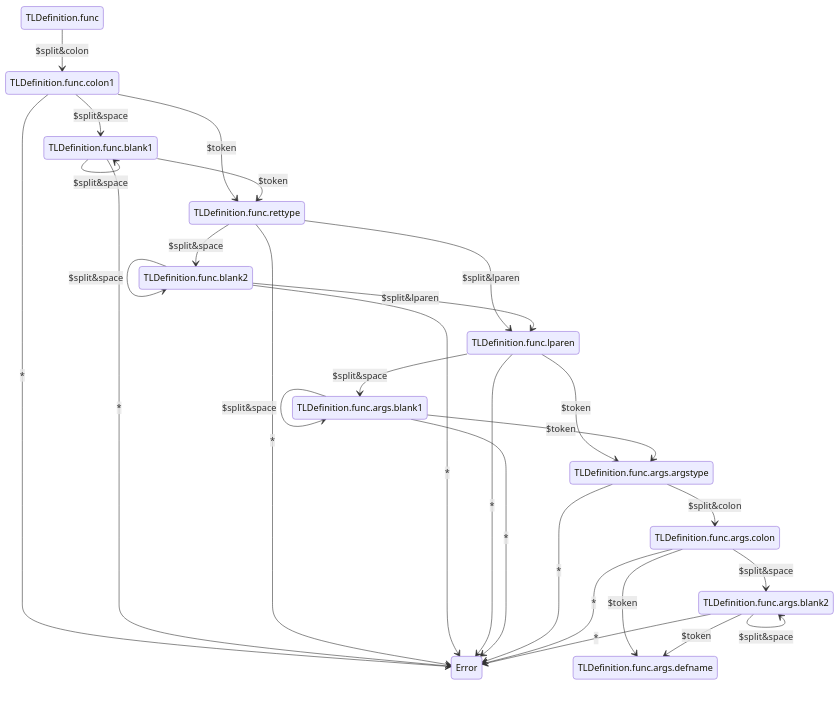
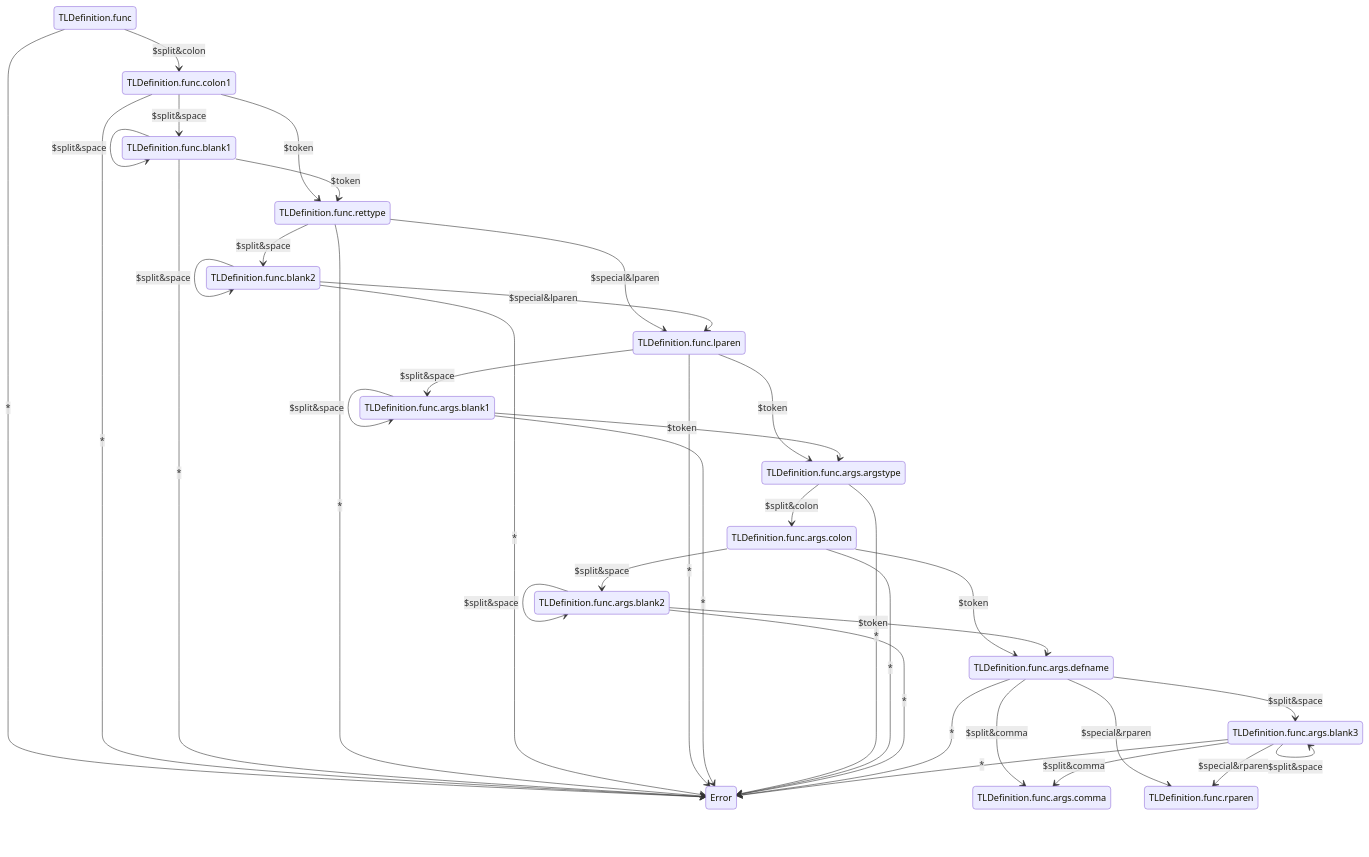
Before and after one commit to neknaj/nlps: the third of 3 diagrams in spec/nlp-parser-statetransition.md, drawn with Mermaid. The commit also changed 2 other files, not shown here.

Commit message:
change a little

````diff
--- a/spec/nlp-parser-statetransition.md
+++ b/spec/nlp-parser-statetransition.md
@@ -91,30 +91,39 @@
 ```mermaid
 stateDiagram-v2
 TLDefinition.func --> TLDefinition.func.colon1: $split&colon
+TLDefinition.func --> Error: *
 TLDefinition.func.colon1 --> TLDefinition.func.blank1: $split&space
 TLDefinition.func.colon1 --> TLDefinition.func.rettype: $token
 TLDefinition.func.colon1 --> Error: *
 TLDefinition.func.blank1 --> TLDefinition.func.blank1: $split&space
 TLDefinition.func.blank1 --> TLDefinition.func.rettype: $token
 TLDefinition.func.blank1 --> Error: *
 TLDefinition.func.rettype --> TLDefinition.func.blank2: $split&space
-TLDefinition.func.rettype --> TLDefinition.func.lparen: $split&lparen
+TLDefinition.func.rettype --> TLDefinition.func.lparen: $special&lparen
 TLDefinition.func.rettype --> Error: *
 TLDefinition.func.blank2 --> TLDefinition.func.blank2: $split&space
-TLDefinition.func.blank2 --> TLDefinition.func.lparen: $split&lparen
+TLDefinition.func.blank2 --> TLDefinition.func.lparen: $special&lparen
 TLDefinition.func.blank2 --> Error: *
 TLDefinition.func.lparen --> TLDefinition.func.args.blank1: $split&space
 TLDefinition.func.lparen --> TLDefinition.func.args.argstype: $token
 TLDefinition.func.lparen --> Error: *
 TLDefinition.func.args.blank1 --> TLDefinition.func.args.blank1: $split&space
 TLDefinition.func.args.blank1 --> TLDefinition.func.args.argstype: $token
 TLDefinition.func.args.blank1 --> Error: *
 TLDefinition.func.args.argstype --> TLDefinition.func.args.colon: $split&colon
 TLDefinition.func.args.argstype --> Error: *
 TLDefinition.func.args.colon --> TLDefinition.func.args.blank2: $split&space
 TLDefinition.func.args.colon --> TLDefinition.func.args.defname: $token
 TLDefinition.func.args.colon --> Error: *
 TLDefinition.func.args.blank2 --> TLDefinition.func.args.blank2: $split&space
 TLDefinition.func.args.blank2 --> TLDefinition.func.args.defname: $token
 TLDefinition.func.args.blank2 --> Error: *
+TLDefinition.func.args.defname --> TLDefinition.func.args.blank3: $split&space
+TLDefinition.func.args.defname --> TLDefinition.func.args.comma: $split&comma
+TLDefinition.func.args.defname --> TLDefinition.func.rparen: $special&rparen
+TLDefinition.func.args.defname --> Error: *
+TLDefinition.func.args.blank3 --> TLDefinition.func.args.blank3: $split&space
+TLDefinition.func.args.blank3 --> TLDefinition.func.args.comma: $split&comma
+TLDefinition.func.args.blank3 --> TLDefinition.func.rparen: $special&rparen
+TLDefinition.func.args.blank3 --> Error: *
 ```
````
